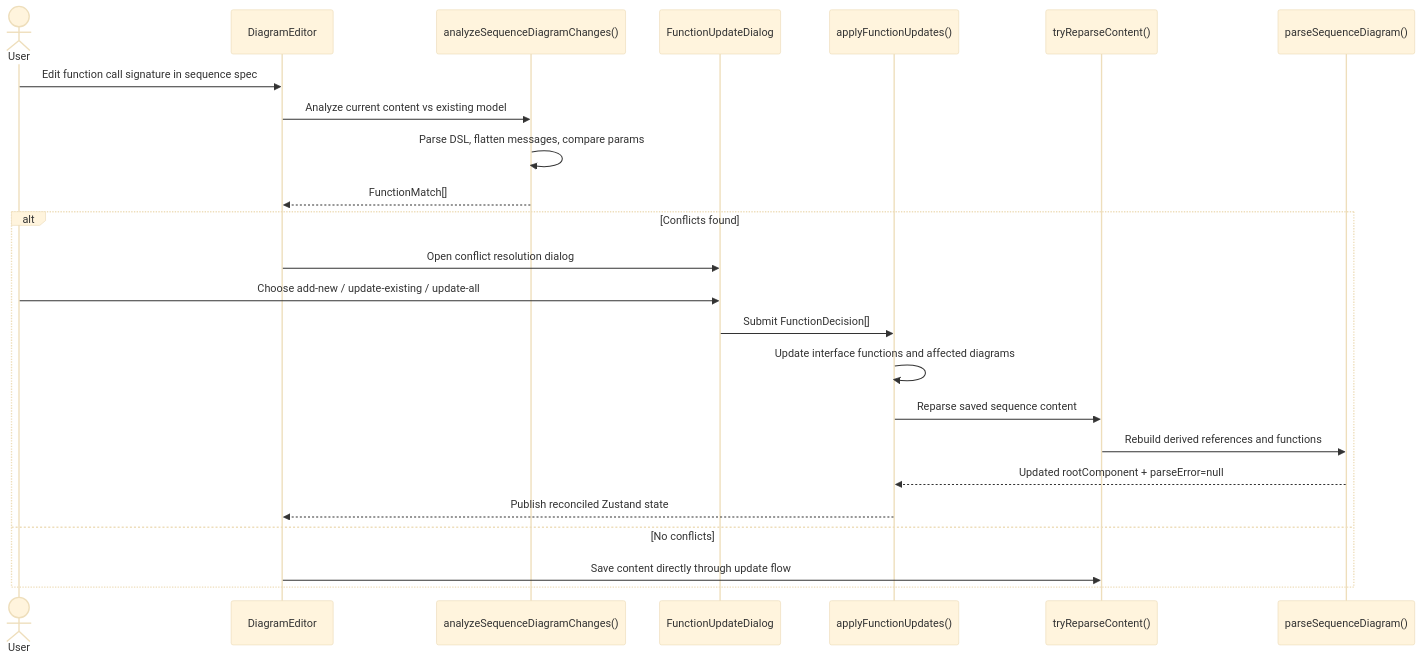
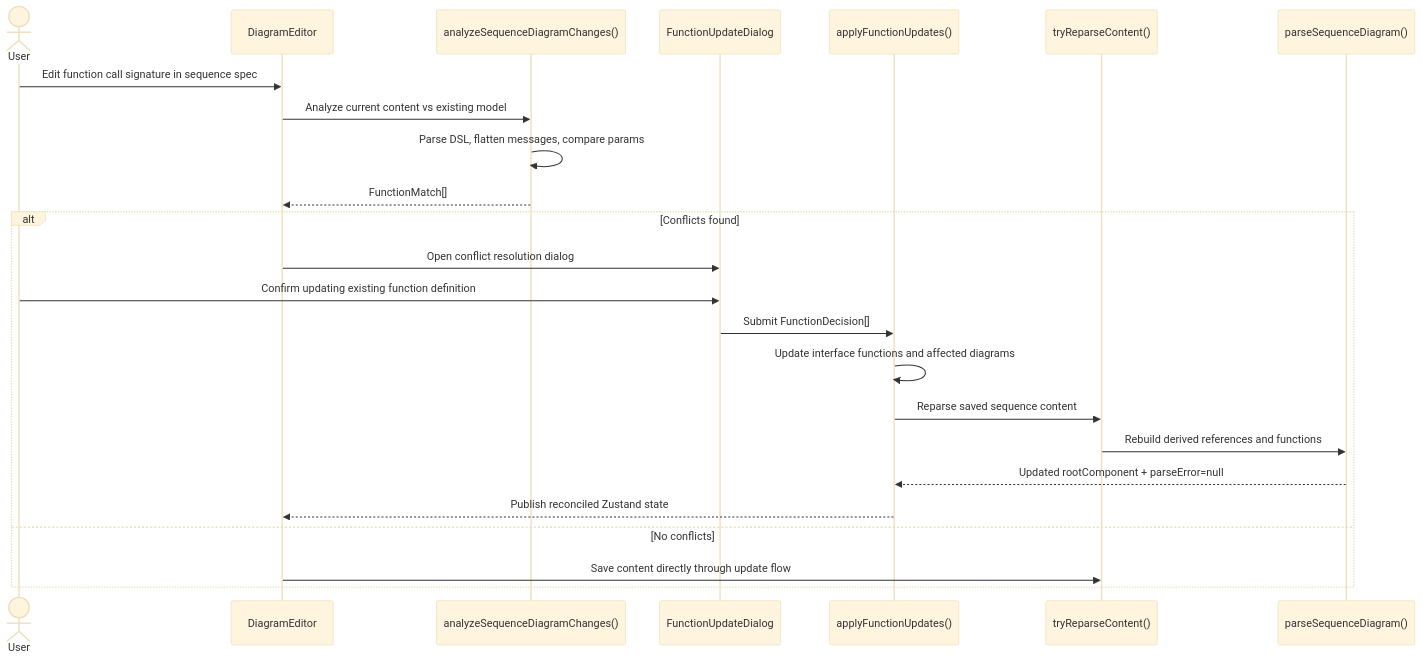
The third of 5 diagrams in README.md (twinprime/integra), drawn with Mermaid (base theme) before and after one commit. The commit also changed other lines of this file and 13 other files, not shown here.

````diff
--- a/README.md
+++ b/README.md
@@ -961,28 +966,28 @@
 ```mermaid
 sequenceDiagram
     actor User
     participant DiagramEditor
     participant Analyzer as analyzeSequenceDiagramChanges()
     participant Dialog as FunctionUpdateDialog
     participant Store as applyFunctionUpdates()
     participant Reparse as tryReparseContent()
     participant Parser as parseSequenceDiagram()
 
     User->>DiagramEditor: Edit function call signature in sequence spec
     DiagramEditor->>Analyzer: Analyze current content vs existing model
     Analyzer->>Analyzer: Parse DSL, flatten messages, compare params
     Analyzer-->>DiagramEditor: FunctionMatch[]
 
     alt Conflicts found
         DiagramEditor->>Dialog: Open conflict resolution dialog
-        User->>Dialog: Choose add-new / update-existing / update-all
+        User->>Dialog: Confirm updating existing function definition
         Dialog->>Store: Submit FunctionDecision[]
         Store->>Store: Update interface functions and affected diagrams
         Store->>Reparse: Reparse saved sequence content
         Reparse->>Parser: Rebuild derived references and functions
         Parser-->>Store: Updated rootComponent + parseError=null
         Store-->>DiagramEditor: Publish reconciled Zustand state
     else No conflicts
         DiagramEditor->>Reparse: Save content directly through update flow
     end
 ```
````
